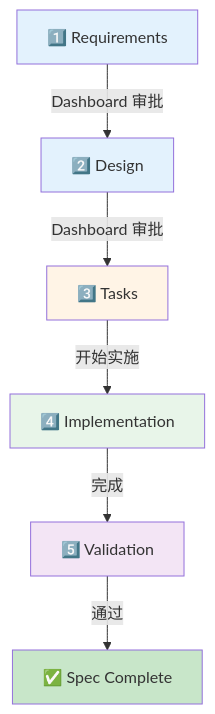
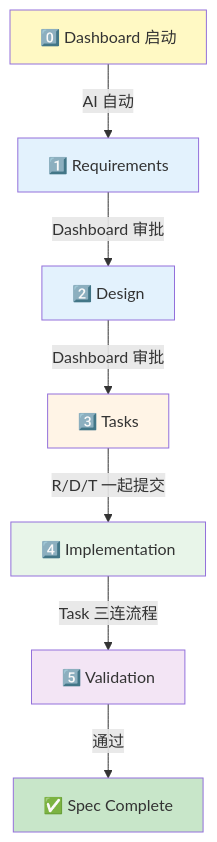
The diagram in .spec-workflow/WORKFLOW_GUIDE.md (eth792/terminal-gd), drawn with Mermaid before and after one commit. The commit also changed other lines of this file, not shown here.

First line of the commit message:
docs(workflow): update WORKFLOW_GUIDE to v2.0 with automated flow

````diff
--- a/.spec-workflow/WORKFLOW_GUIDE.md
+++ b/.spec-workflow/WORKFLOW_GUIDE.md
@@ -36,15 +56,17 @@
 ```mermaid
 graph TD
-    A[1️⃣ Requirements] -->|Dashboard 审批| B[2️⃣ Design]
-    B -->|Dashboard 审批| C[3️⃣ Tasks]
-    C -->|开始实施| D[4️⃣ Implementation]
-    D -->|完成| E[5️⃣ Validation]
-    E -->|通过| F[✅ Spec Complete]
+    A[0️⃣ Dashboard 启动] -->|AI 自动| B[1️⃣ Requirements]
+    B -->|Dashboard 审批| C[2️⃣ Design]
+    C -->|Dashboard 审批| D[3️⃣ Tasks]
+    D -->|R/D/T 一起提交| E[4️⃣ Implementation]
+    E -->|Task 三连流程| F[5️⃣ Validation]
+    F -->|通过| G[✅ Spec Complete]
 
-    style A fill:#e3f2fd
+    style A fill:#fff9c4
     style B fill:#e3f2fd
-    style C fill:#fff4e6
-    style D fill:#e8f5e9
-    style E fill:#f3e5f5
-    style F fill:#c8e6c9
+    style C fill:#e3f2fd
+    style D fill:#fff4e6
+    style E fill:#e8f5e9
+    style F fill:#f3e5f5
+    style G fill:#c8e6c9
 ```
````
